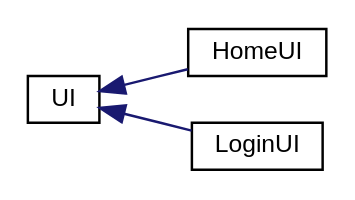
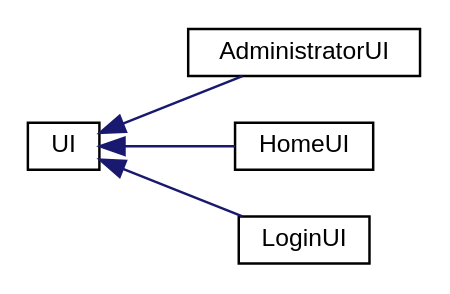
Before and after one commit to ctrlMarcio/feup-cal-proj: the diagram in inherit_graph_22.dot, drawn with Graphviz. The commit also changed 30 other files, not shown here.

```diff
--- a/inherit_graph_22.dot
+++ b/inherit_graph_22.dot
@@ -1,11 +1,13 @@
 digraph "Graphical Class Hierarchy"
 {
   edge [fontname="Helvetica",fontsize="10",labelfontname="Helvetica",labelfontsize="10"];
   node [fontname="Helvetica",fontsize="10",shape=record];
   rankdir="LR";
   Node0 [label="UI",height=0.2,width=0.4,color="black", fillcolor="white", style="filled",URL="$classUI.html"];
   Node0 -> Node1 [dir="back",color="midnightblue",fontsize="10",style="solid",fontname="Helvetica"];
-  Node1 [label="HomeUI",height=0.2,width=0.4,color="black", fillcolor="white", style="filled",URL="$classHomeUI.html"];
+  Node1 [label="AdministratorUI",height=0.2,width=0.4,color="black", fillcolor="white", style="filled",URL="$classAdministratorUI.html"];
   Node0 -> Node2 [dir="back",color="midnightblue",fontsize="10",style="solid",fontname="Helvetica"];
-  Node2 [label="LoginUI",height=0.2,width=0.4,color="black", fillcolor="white", style="filled",URL="$classLoginUI.html"];
+  Node2 [label="HomeUI",height=0.2,width=0.4,color="black", fillcolor="white", style="filled",URL="$classHomeUI.html"];
+  Node0 -> Node3 [dir="back",color="midnightblue",fontsize="10",style="solid",fontname="Helvetica"];
+  Node3 [label="LoginUI",height=0.2,width=0.4,color="black", fillcolor="white", style="filled",URL="$classLoginUI.html"];
 }
```
